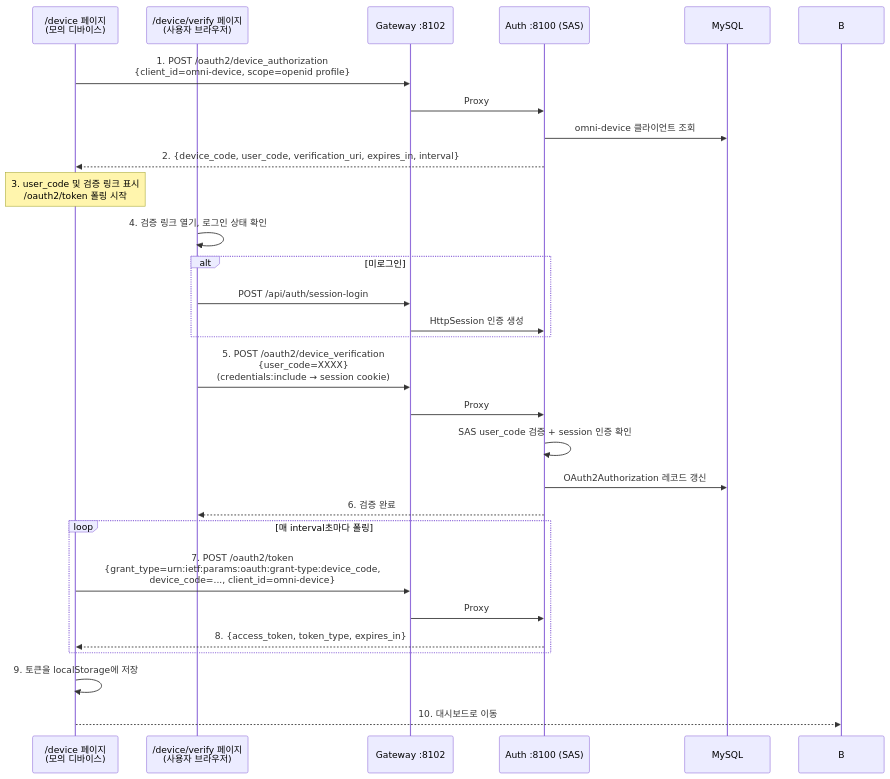
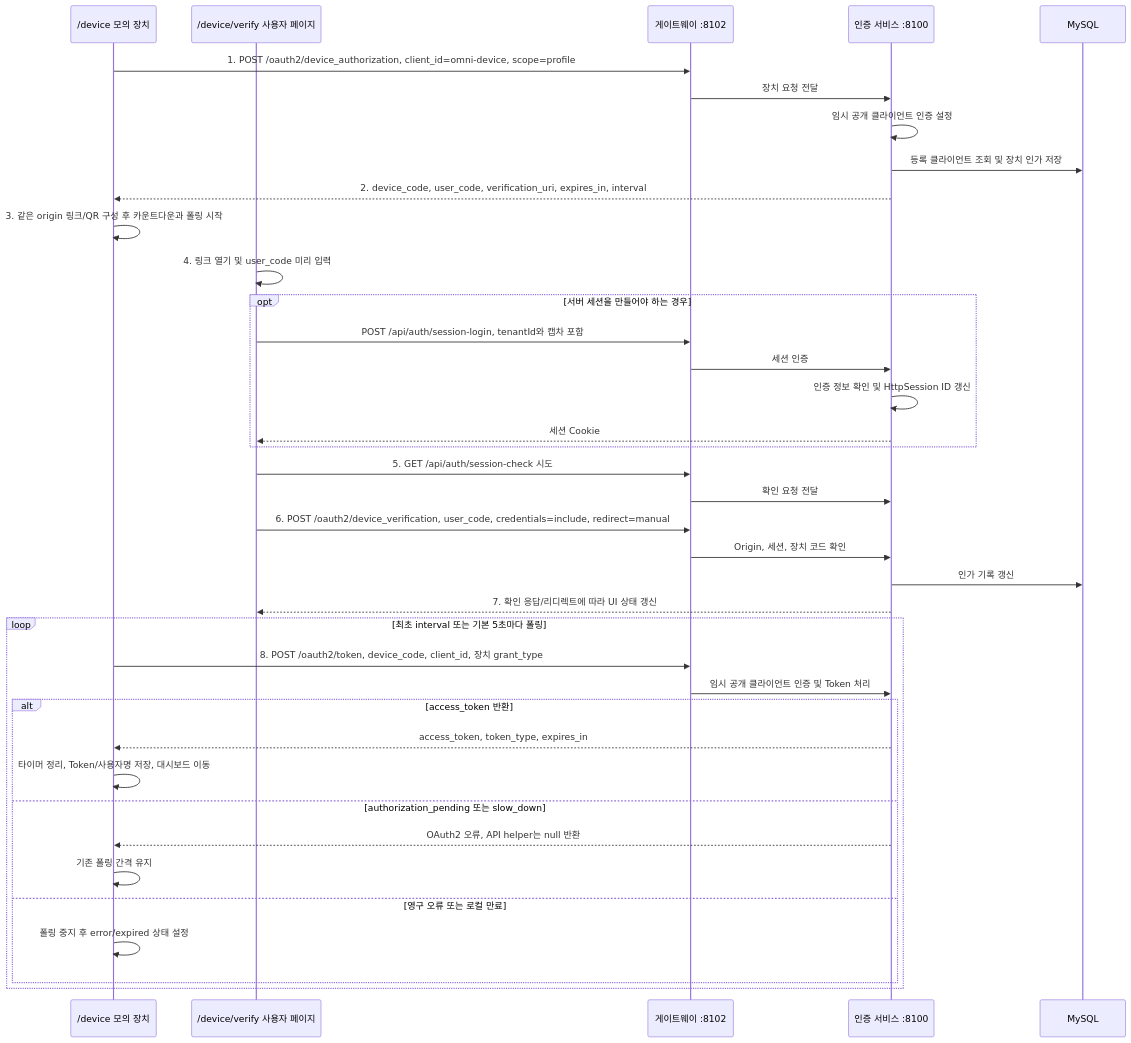
One commit to wang-baohai/Omni-Stack changed the third of 21 diagrams in docs/core-flows.kr.md. Above: the diagram before and after it, drawn with Mermaid. The commit also changed other lines of this file and 1095 other files, not shown here.

````diff
--- a/docs/core-flows.kr.md
+++ b/docs/core-flows.kr.md
@@ -347,36 +253,41 @@
 ```mermaid
 sequenceDiagram
-    participant D as /device 페이지<br/>(모의 디바이스)
-    participant V as /device/verify 페이지<br/>(사용자 브라우저)
-    participant G as Gateway :8102
-    participant A as Auth :8100 (SAS)
+    participant D as /device 모의 장치
+    participant V as /device/verify 사용자 페이지
+    participant G as 게이트웨이 :8102
+    participant A as 인증 서비스 :8100
     participant M as MySQL
 
-    D->>G: 1. POST /oauth2/device_authorization<br/>{client_id=omni-device, scope=openid profile}
-    G->>A: Proxy
-    A->>M: omni-device 클라이언트 조회
-    A-->>D: 2. {device_code, user_code, verification_uri, expires_in, interval}
-
-    Note over D: 3. user_code 및 검증 링크 표시<br/>/oauth2/token 폴링 시작
-
-    V->>V: 4. 검증 링크 열기, 로그인 상태 확인
-    alt 미로그인
-        V->>G: POST /api/auth/session-login
-        G->>A: HttpSession 인증 생성
+    D->>G: 1. POST /oauth2/device_authorization, client_id=omni-device, scope=profile
+    G->>A: 장치 요청 전달
+    A->>A: 임시 공개 클라이언트 인증 설정
+    A->>M: 등록 클라이언트 조회 및 장치 인가 저장
+    A-->>D: 2. device_code, user_code, verification_uri, expires_in, interval
+    D->>D: 3. 같은 origin 링크/QR 구성 후 카운트다운과 폴링 시작
+    V->>V: 4. 링크 열기 및 user_code 미리 입력
+    opt 서버 세션을 만들어야 하는 경우
+    V->>G: POST /api/auth/session-login, tenantId와 캡차 포함
+    G->>A: 세션 인증
+    A->>A: 인증 정보 확인 및 HttpSession ID 갱신
+    A-->>V: 세션 Cookie
     end
-
-    V->>G: 5. POST /oauth2/device_verification<br/>{user_code=XXXX}<br/>(credentials:include → session cookie)
-    G->>A: Proxy
-    A->>A: SAS user_code 검증 + session 인증 확인
-    A->>M: OAuth2Authorization 레코드 갱신
-    A-->>V: 6. 검증 완료
-
-    loop 매 interval초마다 폴링
-        D->>G: 7. POST /oauth2/token<br/>{grant_type=urn:ietf:params:oauth:grant-type:device_code,<br/>device_code=..., client_id=omni-device}
-        G->>A: Proxy
-        A-->>D: 8. {access_token, token_type, expires_in}
+    V->>G: 5. GET /api/auth/session-check 시도
+    G->>A: 확인 요청 전달
+    V->>G: 6. POST /oauth2/device_verification, user_code, credentials=include, redirect=manual
+    G->>A: Origin, 세션, 장치 코드 확인
+    A->>M: 인가 기록 갱신
+    A-->>V: 7. 확인 응답/리디렉트에 따라 UI 상태 갱신
+    loop 최초 interval 또는 기본 5초마다 폴링
+    D->>G: 8. POST /oauth2/token, device_code, client_id, 장치 grant_type
+    G->>A: 임시 공개 클라이언트 인증 및 Token 처리
+    alt access_token 반환
+    A-->>D: access_token, token_type, expires_in
+    D->>D: 타이머 정리, Token/사용자명 저장, 대시보드 이동
+    else authorization_pending 또는 slow_down
+    A-->>D: OAuth2 오류, API helper는 null 반환
+    D->>D: 기존 폴링 간격 유지
+    else 영구 오류 또는 로컬 만료
+    D->>D: 폴링 중지 후 error/expired 상태 설정
     end
-
-    D->>D: 9. 토큰을 localStorage에 저장
-    D-->>B: 10. 대시보드로 이동
+    end
 ```
````
